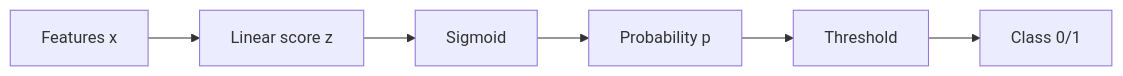
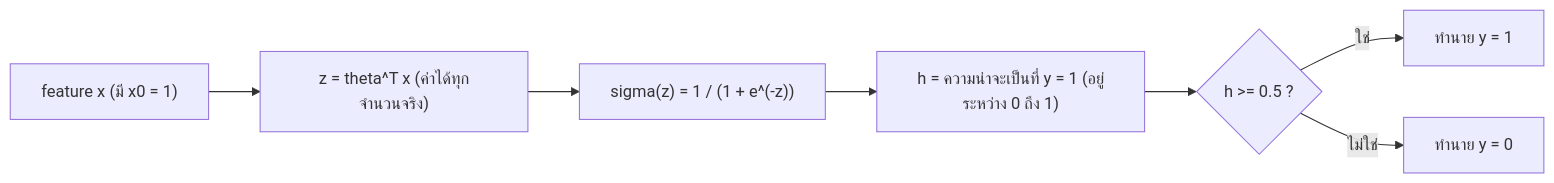
Before and after one commit to mdanmek/nida-dads-notes: the first of 3 diagrams in dads6003-applied_ml/summary/04_logistic_regression.md, drawn with Mermaid. The commit also changed other lines of this file and 4 other files, not shown here.

````diff
--- a/dads6003-applied_ml/summary/04_logistic_regression.md
+++ b/dads6003-applied_ml/summary/04_logistic_regression.md
@@ -26,8 +82,9 @@
 ```mermaid
 flowchart LR
-    A["Features x"] --> B["Linear score z"]
-    B --> C["Sigmoid"]
-    C --> D["Probability p"]
-    D --> E["Threshold"]
-    E --> F["Class 0/1"]
+    A["feature x (มี x0 = 1)"] --> B["z = theta^T x (ค่าได้ทุกจำนวนจริง)"]
+    B --> C["sigma(z) = 1 / (1 + e^(-z))"]
+    C --> D["h = ความน่าจะเป็นที่ y = 1 (อยู่ระหว่าง 0 ถึง 1)"]
+    D --> E{"h >= 0.5 ?"}
+    E -- "ใช่" --> F["ทำนาย y = 1"]
+    E -- "ไม่ใช่" --> G["ทำนาย y = 0"]
 ```
````
